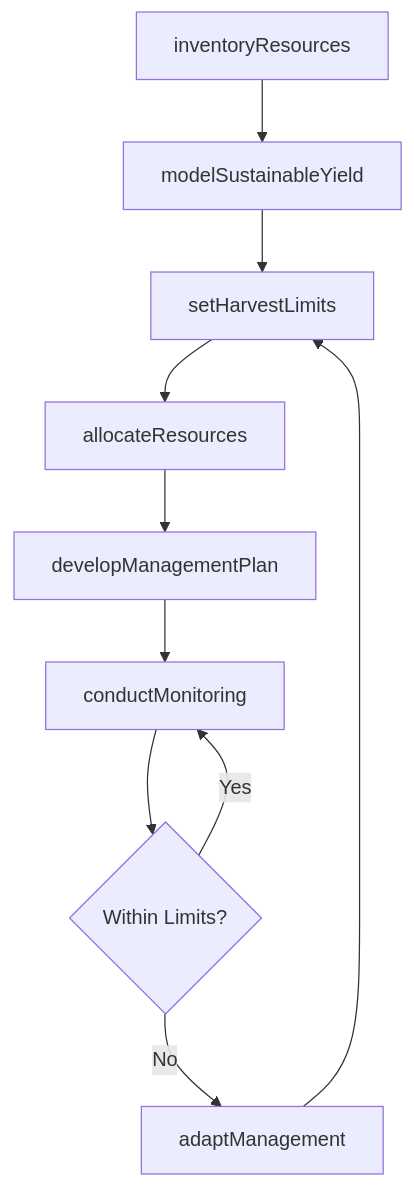
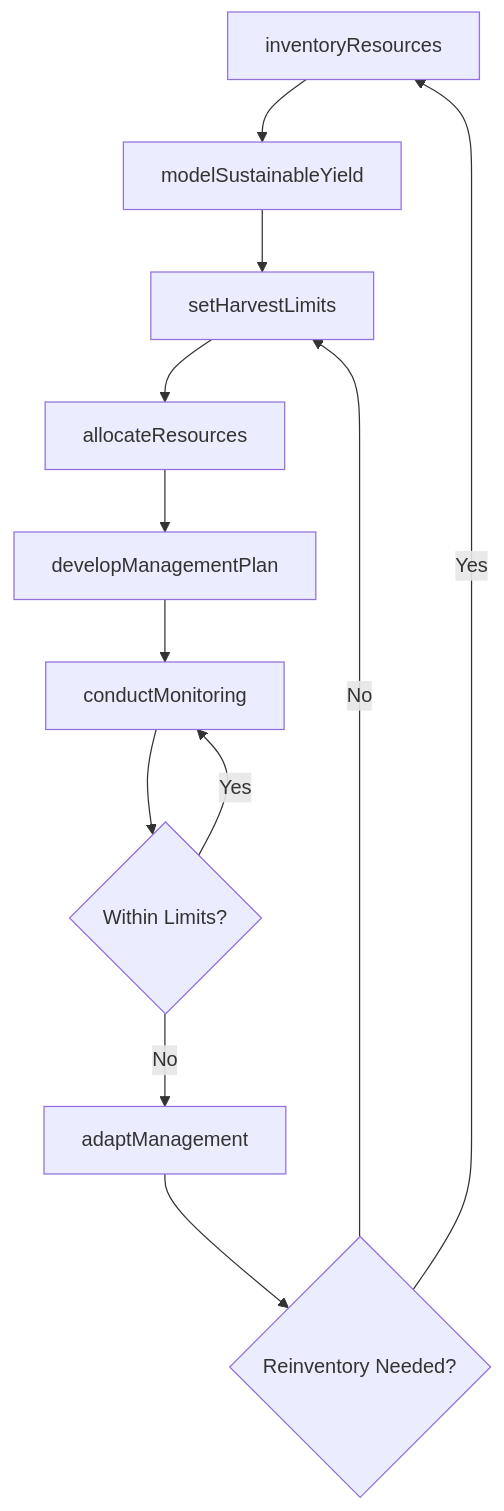
Before and after one commit to dot-org-ai/tasks.org.ai: the third of 4 diagrams in ThinkingCreatively/DevelopPlansForManagingOrPreservingNaturalResources/DevelopPlansManageNaturalRenewable.mdx, drawn with Mermaid. The commit also changed other lines of this file and 504 other files, not shown here.

First line of the commit message:
feat: Add ER diagrams, state diagrams, and workflow improvements to 96 DWA task files

````diff
--- a/ThinkingCreatively/DevelopPlansForManagingOrPreservingNaturalResources/DevelopPlansManageNaturalRenewable.mdx
+++ b/ThinkingCreatively/DevelopPlansForManagingOrPreservingNaturalResources/DevelopPlansManageNaturalRenewable.mdx
@@ -89,12 +118,14 @@
 ```mermaid
 graph TD
     A[inventoryResources] --> B[modelSustainableYield]
     B --> C[setHarvestLimits]
     C --> D[allocateResources]
     D --> E[developManagementPlan]
     E --> F[conductMonitoring]
     F --> G{Within Limits?}
     G -->|No| H[adaptManagement]
-    H --> C
+    H --> I{Reinventory Needed?}
+    I -->|Yes| A
+    I -->|No| C
     G -->|Yes| F
 ```
````
